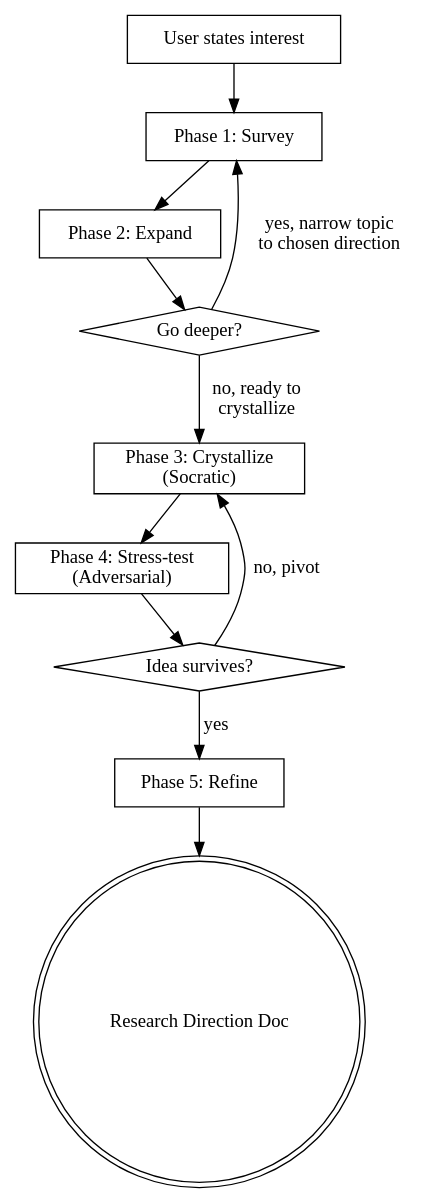
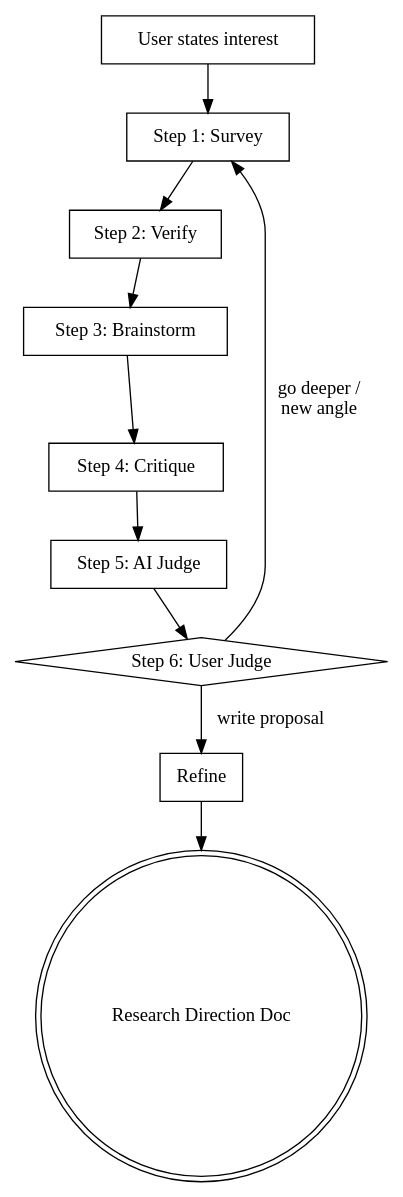
The second of 2 diagrams in skills/sci-brainstorm/SKILL.md (QuantumBFS/sci-brain), drawn with Graphviz before and after one commit. The commit also changed other lines of this file and 4 other files, not shown here.

````diff
--- a/skills/sci-brainstorm/SKILL.md
+++ b/skills/sci-brainstorm/SKILL.md
@@ -50,24 +47,23 @@
 ```dot
 digraph sci_brainstorm {
     "User states interest" [shape=box];
-    "Phase 1: Survey" [shape=box];
-    "Phase 2: Expand" [shape=box];
-    "Go deeper?" [shape=diamond];
-    "Phase 3: Crystallize\n(Socratic)" [shape=box];
-    "Phase 4: Stress-test\n(Adversarial)" [shape=box];
-    "Idea survives?" [shape=diamond];
-    "Phase 5: Refine" [shape=box];
+    "Step 1: Survey" [shape=box];
+    "Step 2: Verify" [shape=box];
+    "Step 3: Brainstorm" [shape=box];
+    "Step 4: Critique" [shape=box];
+    "Step 5: AI Judge" [shape=box];
+    "Step 6: User Judge" [shape=diamond];
+    "Refine" [shape=box];
     "Research Direction Doc" [shape=doublecircle];
 
-    "User states interest" -> "Phase 1: Survey";
-    "Phase 1: Survey" -> "Phase 2: Expand";
-    "Phase 2: Expand" -> "Go deeper?";
-    "Go deeper?" -> "Phase 1: Survey" [label="yes, narrow topic\nto chosen direction"];
-    "Go deeper?" -> "Phase 3: Crystallize\n(Socratic)" [label="no, ready to\ncrystallize"];
-    "Phase 3: Crystallize\n(Socratic)" -> "Phase 4: Stress-test\n(Adversarial)";
-    "Phase 4: Stress-test\n(Adversarial)" -> "Idea survives?";
-    "Idea survives?" -> "Phase 3: Crystallize\n(Socratic)" [label="no, pivot"];
-    "Idea survives?" -> "Phase 5: Refine" [label="yes"];
-    "Phase 5: Refine" -> "Research Direction Doc";
+    "User states interest" -> "Step 1: Survey";
+    "Step 1: Survey" -> "Step 2: Verify";
+    "Step 2: Verify" -> "Step 3: Brainstorm";
+    "Step 3: Brainstorm" -> "Step 4: Critique";
+    "Step 4: Critique" -> "Step 5: AI Judge";
+    "Step 5: AI Judge" -> "Step 6: User Judge";
+    "Step 6: User Judge" -> "Step 1: Survey" [label="go deeper /\nnew angle"];
+    "Step 6: User Judge" -> "Refine" [label="write proposal"];
+    "Refine" -> "Research Direction Doc";
 }
 ```
````
